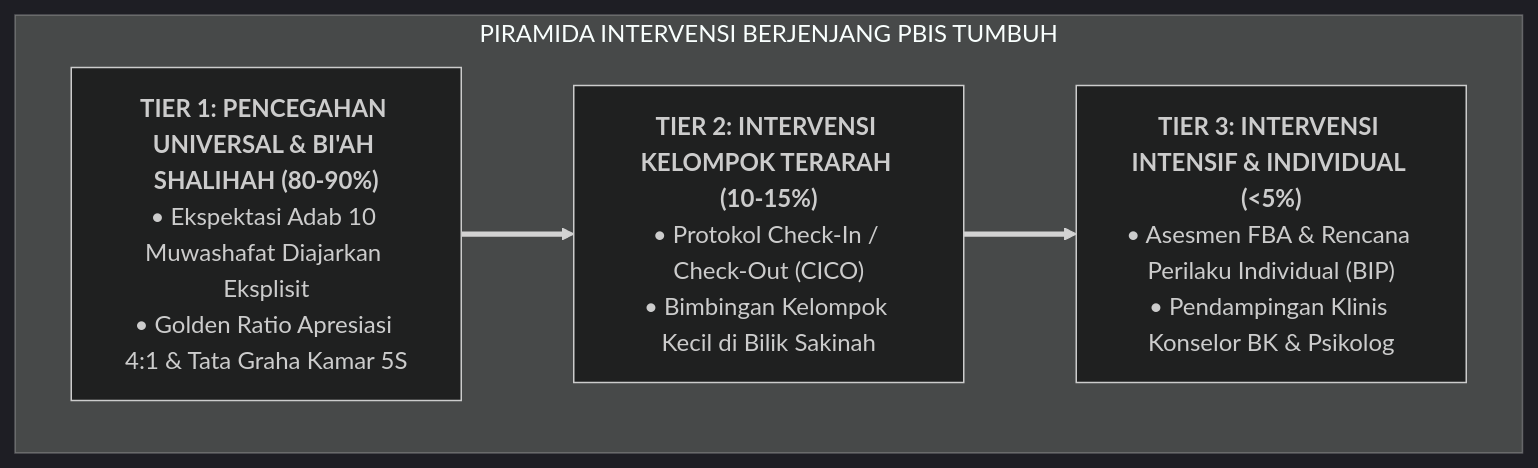
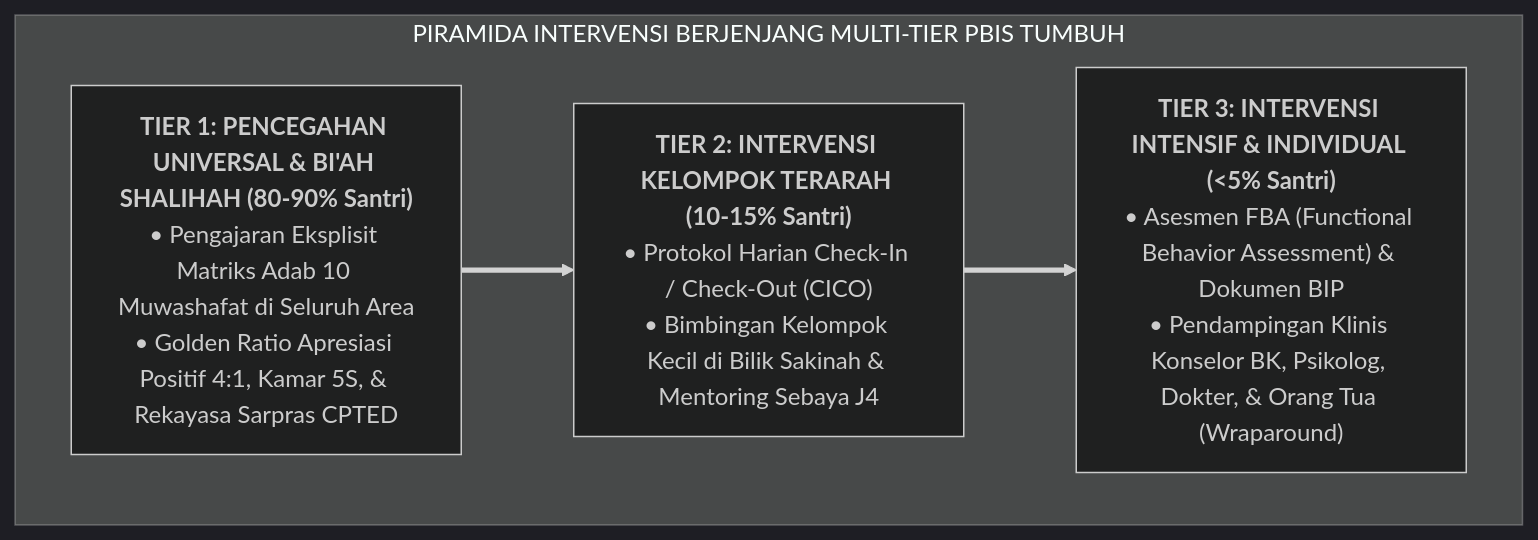
The diagram in BOOK Series 2/Volume-04-Intervensi-PBIS-dan-Disiplin-Restoratif/Bab-01-Arsitektur-Multi-Tier-PBIS/01-Logika-Piramida-Multi-Tier-PBIS.md (wandiapriliyandi/tumbuh), drawn with Mermaid (dark theme) before and after one commit. The commit also changed other lines of this file and 61 other files, not shown here.

````diff
--- a/BOOK Series 2/Volume-04-Intervensi-PBIS-dan-Disiplin-Restoratif/Bab-01-Arsitektur-Multi-Tier-PBIS/01-Logika-Piramida-Multi-Tier-PBIS.md
+++ b/BOOK Series 2/Volume-04-Intervensi-PBIS-dan-Disiplin-Restoratif/Bab-01-Arsitektur-Multi-Tier-PBIS/01-Logika-Piramida-Multi-Tier-PBIS.md
@@ -13,12 +17,12 @@
 ```mermaid
 flowchart TD
-    subgraph MultiTierPyramid["PIRAMIDA INTERVENSI BERJENJANG PBIS TUMBUH"]
-        T3["<b>TIER 3: INTERVENSI INTENSIF & INDIVIDUAL (<5%)</b><br/>• Asesmen FBA & Rencana Perilaku Individual (BIP)<br/>• Pendampingan Klinis Konselor BK & Psikolog"]
+    subgraph MultiTierPyramid["PIRAMIDA INTERVENSI BERJENJANG MULTI-TIER PBIS TUMBUH"]
+        T3["<b>TIER 3: INTERVENSI INTENSIF & INDIVIDUAL (<5% Santri)</b><br/>• Asesmen FBA (Functional Behavior Assessment) & Dokumen BIP<br/>• Pendampingan Klinis Konselor BK, Psikolog, Dokter, & Orang Tua (Wraparound)"]
         
-        T2["<b>TIER 2: INTERVENSI KELOMPOK TERARAH (10-15%)</b><br/>• Protokol Check-In / Check-Out (CICO)<br/>• Bimbingan Kelompok Kecil di Bilik Sakinah"]
+        T2["<b>TIER 2: INTERVENSI KELOMPOK TERARAH (10-15% Santri)</b><br/>• Protokol Harian Check-In / Check-Out (CICO)<br/>• Bimbingan Kelompok Kecil di Bilik Sakinah & Mentoring Sebaya J4"]
         
-        T1["<b>TIER 1: PENCEGAHAN UNIVERSAL & BI'AH SHALIHAH (80-90%)</b><br/>• Ekspektasi Adab 10 Muwashafat Diajarkan Eksplisit<br/>• Golden Ratio Apresiasi 4:1 & Tata Graha Kamar 5S"]
+        T1["<b>TIER 1: PENCEGAHAN UNIVERSAL & BI'AH SHALIHAH (80-90% Santri)</b><br/>• Pengajaran Eksplisit Matriks Adab 10 Muwashafat di Seluruh Area<br/>• Golden Ratio Apresiasi Positif 4:1, Kamar 5S, & Rekayasa Sarpras CPTED"]
 
         T1 ==> T2 ==> T3
     end
 ```
````
